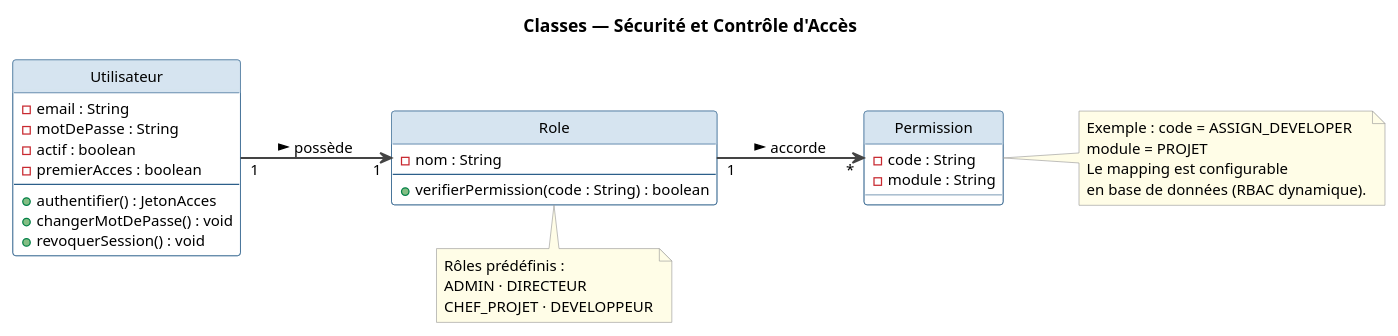
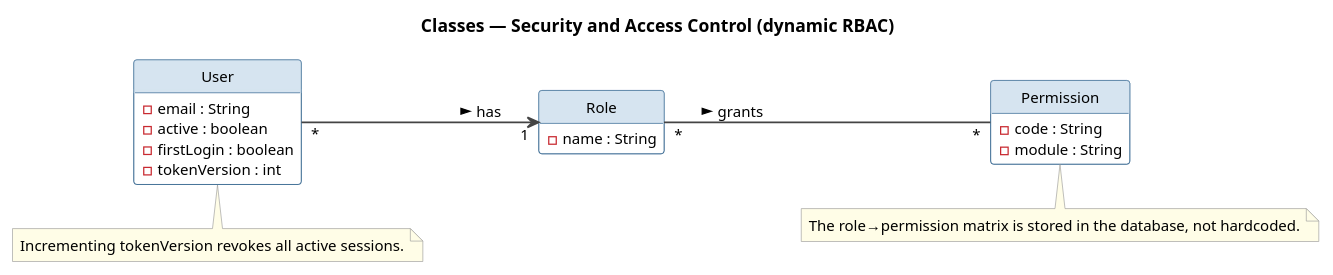
The diagram in docs/uml/03-class-security.puml (mazenrakrouki/tekup-pms-platform), drawn with PlantUML before and after one commit. The commit also changed 72 other files, not shown here.

```diff
--- a/docs/uml/03-class-security.puml
+++ b/docs/uml/03-class-security.puml
@@ -1,56 +1,46 @@
 @startuml class_security
-title Classes — Sécurité et Contrôle d'Accès
+title Classes — Security and Access Control (dynamic RBAC)
 
 left to right direction
 
 skinparam shadowing false
 skinparam classBackgroundColor #FFFFFF
 skinparam classBorderColor #2C5F8A
 skinparam classHeaderBackgroundColor #D6E4F0
 skinparam defaultFontName Helvetica
 skinparam defaultFontSize 12
 skinparam ArrowColor #444444
 skinparam ArrowThickness 1.5
 skinparam noteBorderColor #999999
 skinparam noteBackgroundColor #FFFDE7
 hide circle
+hide empty methods
 
-class Utilisateur {
+class User {
   - email : String
-  - motDePasse : String
-  - actif : boolean
-  - premierAcces : boolean
-  --
-  + authentifier() : JetonAcces
-  + changerMotDePasse() : void
-  + revoquerSession() : void
+  - active : boolean
+  - firstLogin : boolean
+  - tokenVersion : int
 }
 
 class Role {
-  - nom : String
-  --
-  + verifierPermission(code : String) : boolean
+  - name : String
 }
 
 class Permission {
   - code : String
   - module : String
 }
 
-Utilisateur "1" --> "1" Role       : possède >
-Role        "1" --> "*" Permission  : accorde >
+User "*" --> "1" Role : has >
+Role "*" -- "*" Permission : grants >
 
-note bottom of Role
-  Rôles prédéfinis :
-  ADMIN · DIRECTEUR
-  CHEF_PROJET · DEVELOPPEUR
+note bottom of User
+  Incrementing tokenVersion revokes all active sessions.
 end note
 
-note right of Permission
-  Exemple : code = ASSIGN_DEVELOPER
-  module = PROJET
-  Le mapping est configurable
-  en base de données (RBAC dynamique).
+note bottom of Permission
+  The role→permission matrix is stored in the database, not hardcoded.
 end note
 
 @enduml
```
